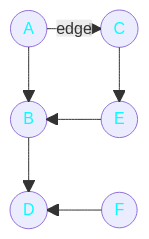
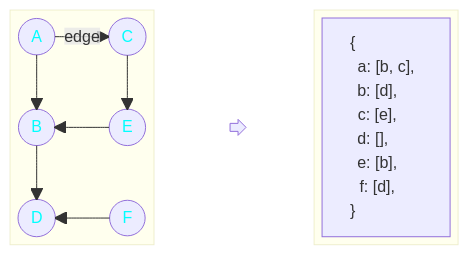
One commit to BradleyGilden/DSA-Practice changed the first of 2 diagrams in Graphs/GraphsSummary.md. Above: the diagram before and after it, drawn with Mermaid. The commit also changed other lines of this file, not shown here.

Commit message:
readme update

````diff
--- a/Graphs/GraphsSummary.md
+++ b/Graphs/GraphsSummary.md
@@ -10,16 +10,21 @@
 ```mermaid
   block-beta
+  block
   columns 3
   A(("<font color='cyan'>&nbsp;&nbsp;A&nbsp;&nbsp;</font>")) space C(("<font color='cyan'>&nbsp;&nbsp;C&nbsp;&nbsp;</font>"))
   space space space
   B(("<font color='cyan'>&nbsp;&nbsp;B&nbsp;&nbsp;</font>")) space E(("<font color='cyan'>&nbsp;&nbsp;E&nbsp;&nbsp;</font>"))
   space space space
   D(("<font color='cyan'>&nbsp;&nbsp;D&nbsp;&nbsp;</font>")) space F(("<font color='cyan'>&nbsp;&nbsp;F&nbsp;&nbsp;</font>"))
   A--"edge"-->C
   C-->E
   E-->B
   A-->B
   F-->D
   B-->D
-
+  end
+  blockArrowId<[" "]>(right)
+  block
+  a["{&nbsp;&nbsp;&nbsp;&nbsp;&nbsp;&nbsp;&nbsp;&nbsp;&nbsp;&nbsp;&nbsp;&nbsp;&nbsp;&nbsp;&nbsp;\na: [b, c],\nb: [d],&nbsp;&nbsp;&nbsp;&nbsp;\nc: [e],&nbsp;&nbsp;&nbsp;&nbsp;\nd: [],&nbsp;&nbsp;&nbsp;&nbsp;&nbsp;&nbsp;\ne: [b],&nbsp;&nbsp;&nbsp;&nbsp;\nf: [d],&nbsp;&nbsp;&nbsp;&nbsp;\n}&nbsp;&nbsp;&nbsp;&nbsp;&nbsp;&nbsp;&nbsp;&nbsp;&nbsp;&nbsp;&nbsp;&nbsp;&nbsp;&nbsp;&nbsp;"]
+  end
 ```
````
